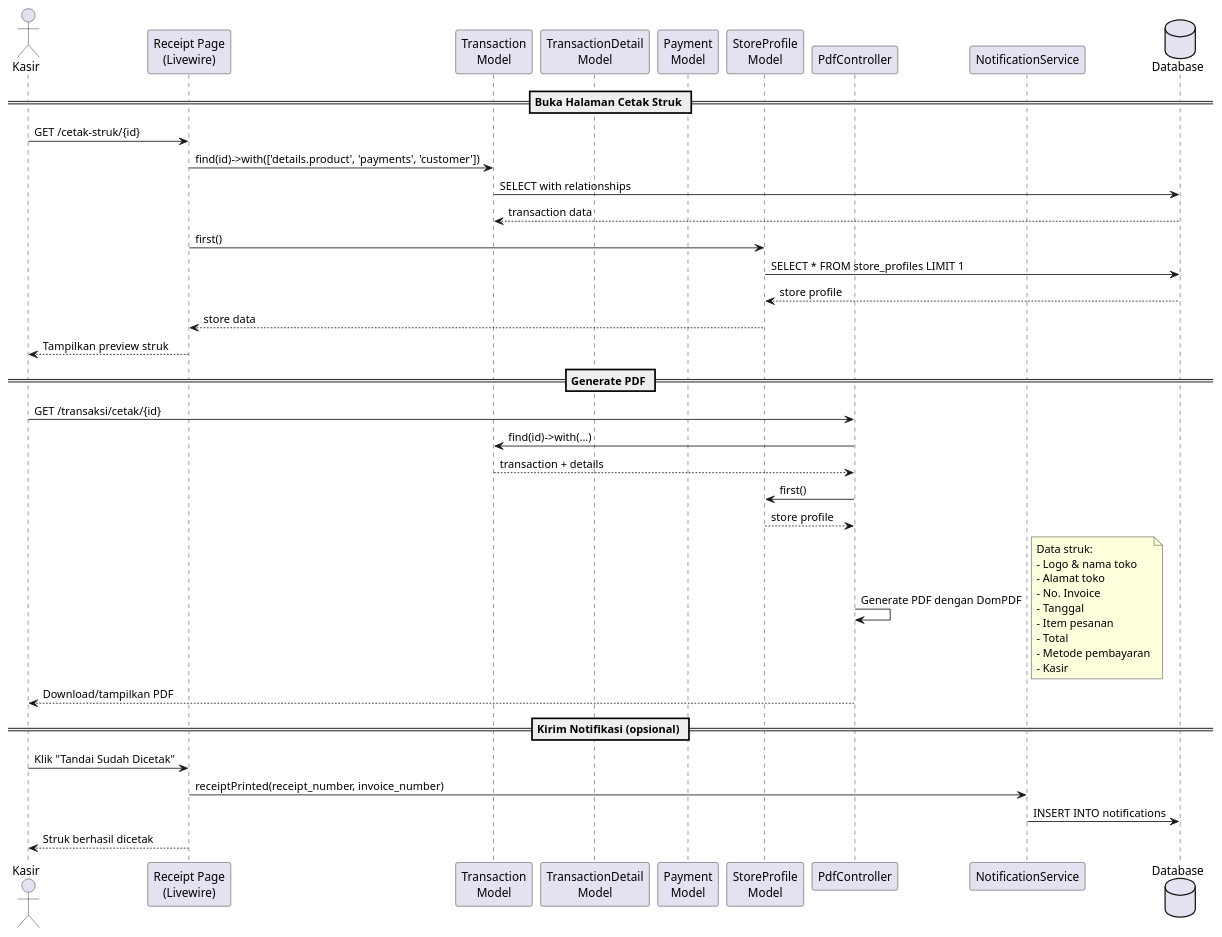
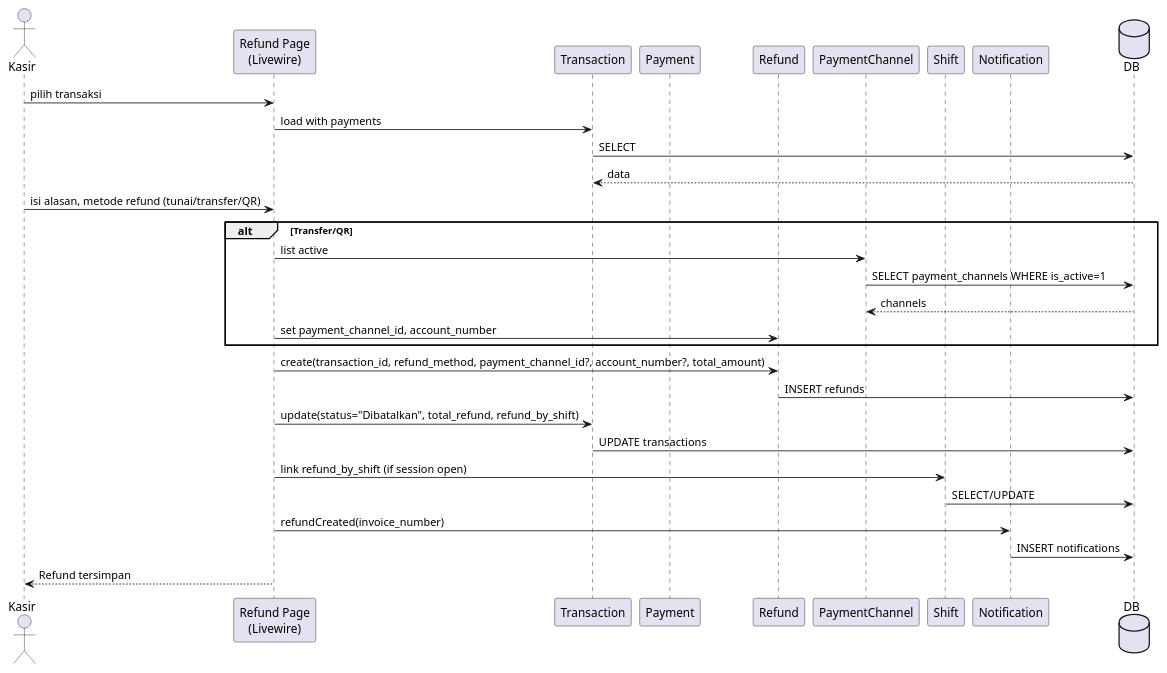
The ninth of 9 diagrams in docs/diagrams/03_SEQUENCE_DIAGRAM.md (pawon3d/pawon3d), drawn with PlantUML before and after one commit. The commit also changed other lines of this file and 155 other files, not shown here.

````diff
--- a/docs/diagrams/03_SEQUENCE_DIAGRAM.md
+++ b/docs/diagrams/03_SEQUENCE_DIAGRAM.md
@@ -940,60 +449,39 @@
 ```plantuml
-@startuml Sequence Diagram - Cetak Struk
+@startuml Sequence - Refund
+actor Kasir
+participant "Refund Page\n(Livewire)" as Ref
+participant Transaction
+participant Payment
+participant Refund
+participant PaymentChannel as Channel
+participant Shift
+participant Notification as Notif
+database DB
 
-actor Kasir
-participant "Receipt Page\n(Livewire)" as Receipt
-participant "Transaction\nModel" as Transaction
-participant "TransactionDetail\nModel" as TxDetail
-participant "Payment\nModel" as Payment
-participant "StoreProfile\nModel" as Store
-participant "PdfController" as PDF
-participant "NotificationService" as Notif
-database Database as DB
+Kasir -> Ref: pilih transaksi
+Ref -> Transaction: load with payments
+Transaction -> DB: SELECT
+DB --> Transaction: data
 
-== Buka Halaman Cetak Struk ==
-Kasir -> Receipt: GET /cetak-struk/{id}
+Kasir -> Ref: isi alasan, metode refund (tunai/transfer/QR)
+alt Transfer/QR
+    Ref -> Channel: list active
+    Channel -> DB: SELECT payment_channels WHERE is_active=1
+    DB --> Channel: channels
+    Ref -> Refund: set payment_channel_id, account_number
+end
 
-Receipt -> Transaction: find(id)->with(['details.product', 'payments', 'customer'])
-Transaction -> DB: SELECT with relationships
-DB --> Transaction: transaction data
+Ref -> Refund: create(transaction_id, refund_method, payment_channel_id?, account_number?, total_amount)
+Refund -> DB: INSERT refunds
 
-Receipt -> Store: first()
-Store -> DB: SELECT * FROM store_profiles LIMIT 1
-DB --> Store: store profile
-Store --> Receipt: store data
+Ref -> Transaction: update(status="Dibatalkan", total_refund, refund_by_shift)
+Transaction -> DB: UPDATE transactions
 
-Receipt --> Kasir: Tampilkan preview struk
+Ref -> Shift: link refund_by_shift (if session open)
+Shift -> DB: SELECT/UPDATE
 
-== Generate PDF ==
-Kasir -> PDF: GET /transaksi/cetak/{id}
-
-PDF -> Transaction: find(id)->with(...)
-Transaction --> PDF: transaction + details
-
-PDF -> Store: first()
-Store --> PDF: store profile
-
-PDF -> PDF: Generate PDF dengan DomPDF
-note right
-  Data struk:
-  - Logo & nama toko
-  - Alamat toko
-  - No. Invoice
-  - Tanggal
-  - Item pesanan
-  - Total
-  - Metode pembayaran
-  - Kasir
-end note
-
-PDF --> Kasir: Download/tampilkan PDF
-
-== Kirim Notifikasi (opsional) ==
-Kasir -> Receipt: Klik "Tandai Sudah Dicetak"
-Receipt -> Notif: receiptPrinted(receipt_number, invoice_number)
-Notif -> DB: INSERT INTO notifications
-
-Receipt --> Kasir: Struk berhasil dicetak
-
+Ref -> Notif: refundCreated(invoice_number)
+Notif -> DB: INSERT notifications
+Ref --> Kasir: Refund tersimpan
 @enduml
 ```
````
